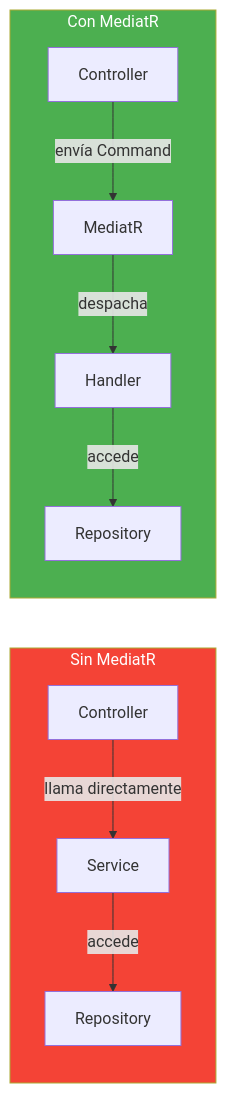
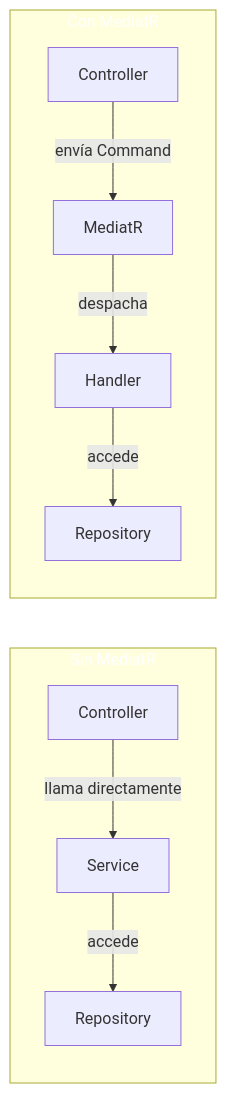
Before and after one commit to joseluisgs/DesarrolloWebEntornosServidor-02-2026-2027: diagram 22 of 24 in 30-cqrs-mediator.md, drawn with Mermaid. The commit also changed other lines of this file and 41 other files, not shown here.

````diff
--- a/30-cqrs-mediator.md
+++ b/30-cqrs-mediator.md
@@ -1220,16 +1220,16 @@
 ```mermaid
 flowchart LR
     subgraph TRADICIONAL["Sin MediatR"]
         A[Controller] -->|llama directamente| B[Service]
         B -->|accede| C[Repository]
     end
 
     subgraph CON_MEDIATR["Con MediatR"]
         D[Controller] -->|envía Command| E[MediatR]
         E -->|despacha| F[Handler]
         F -->|accede| G[Repository]
     end
 
-    style TRADICIONAL fill:#f44336,color:#fff
-    style CON_MEDIATR fill:#4CAF50,color:#fff
+    style TRADICIONAL fill:#f4433,color:#fff6,color:#fff
+    style CON_MEDIATR fill:#4CAF5,color:#fff0,color:#fff
 ```
````
